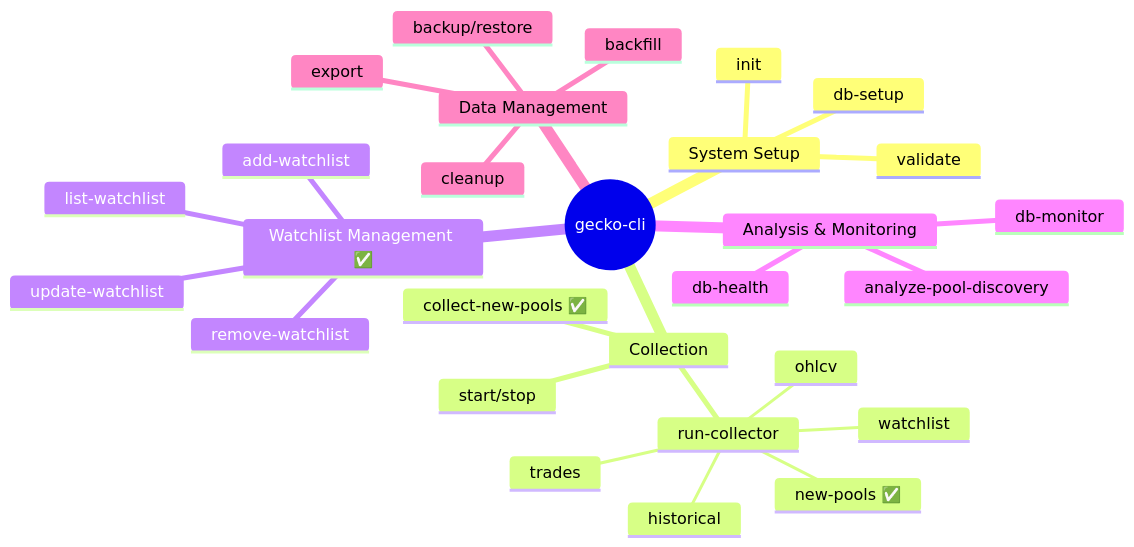
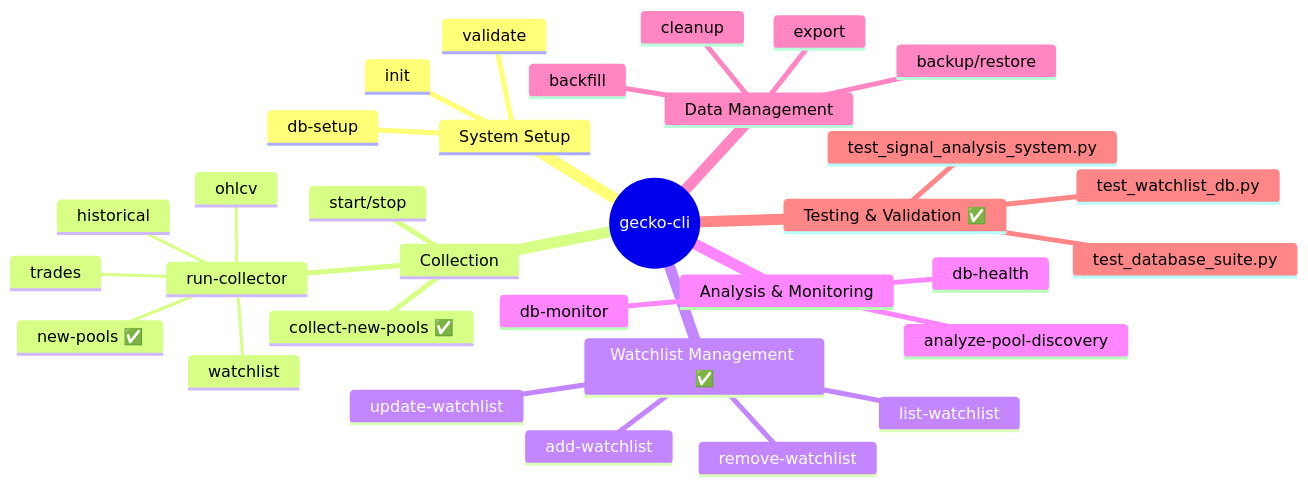
Before and after one commit to snogcel/geckoterminal_collector: the sixth of 6 diagrams in SYSTEM_ARCHITECTURE_DIAGRAM.md, drawn with Mermaid. The commit also changed other lines of this file and 4 other files, not shown here.

````diff
--- a/SYSTEM_ARCHITECTURE_DIAGRAM.md
+++ b/SYSTEM_ARCHITECTURE_DIAGRAM.md
@@ -231,31 +286,35 @@
 ```mermaid
 mindmap
   root((gecko-cli))
     System Setup
       init
       validate
       db-setup
     Collection
       run-collector
         new-pools ✅
         ohlcv
         trades
         watchlist
         historical
       collect-new-pools ✅
       start/stop
     Watchlist Management ✅
       add-watchlist
       list-watchlist
       update-watchlist
       remove-watchlist
     Analysis & Monitoring
       analyze-pool-discovery
       db-health
       db-monitor
     Data Management
       backfill
       export
       cleanup
       backup/restore
+    Testing & Validation ✅
+      test_database_suite.py
+      test_watchlist_db.py
+      test_signal_analysis_system.py
 ```
````
